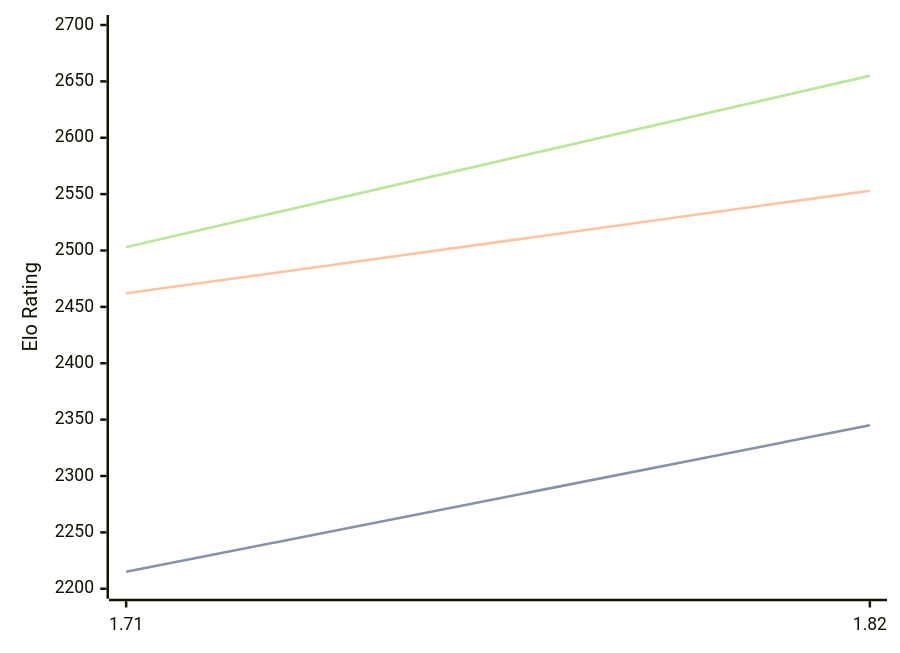
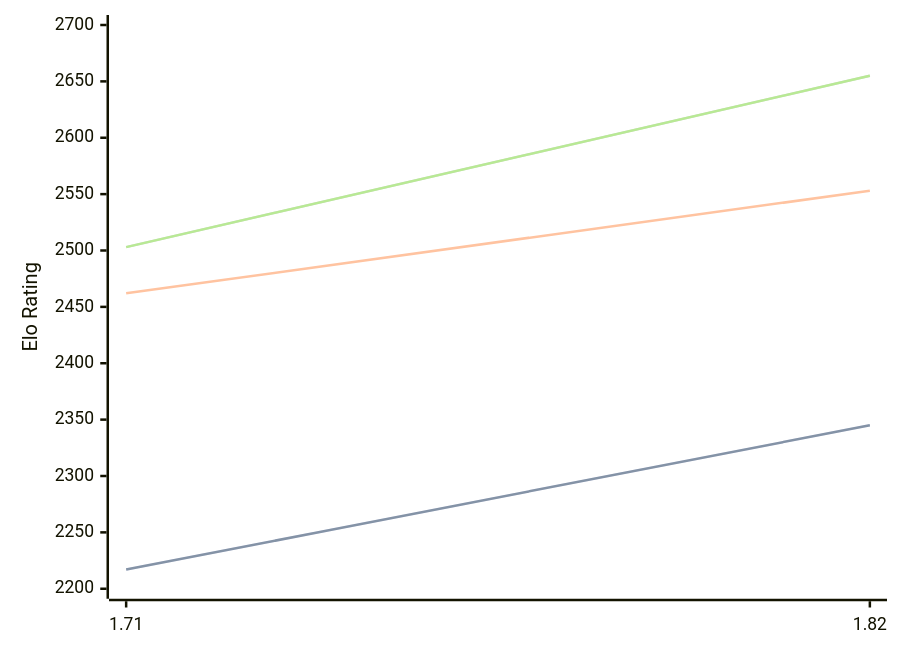
Before and after one commit to computer-chess-index/cci: the diagram in engines/Amira.md, drawn with Mermaid. The commit also changed other lines of this file, not shown here.

````diff
--- a/engines/Amira.md
+++ b/engines/Amira.md
@@ -35,11 +35,11 @@
 ```mermaid
 %%{init: {"theme":"base","themeVariables":{"seriesColors:['#a3a3a3','#222221','#faa371']}}}%%
 xychart-beta
   x-axis ["1.71", "1.82"]
   y-axis "Elo Rating" 2200 --> 2700
-  line "STC (8.0+0.08s)" [2215, 2345]
-  line "STC (8.0+0.08s)" [2215, 2345]
+  line "STC (8.0+0.08s)" [2217, 2345]
+  line "STC (8.0+0.08s)" [2217, 2345]
   line "LTC (60.0+0.60s)" [2462, 2553]
   line "VLTC (2m24s+1.12s)" [2503, 2655]
   line "VLTC (2m24s+1.12s)" [2503, 2655]
 ```
````
